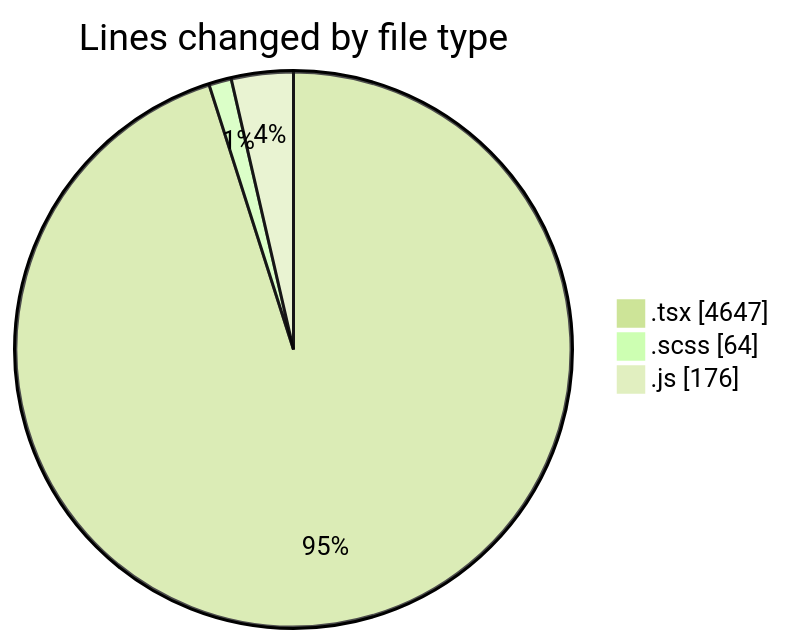
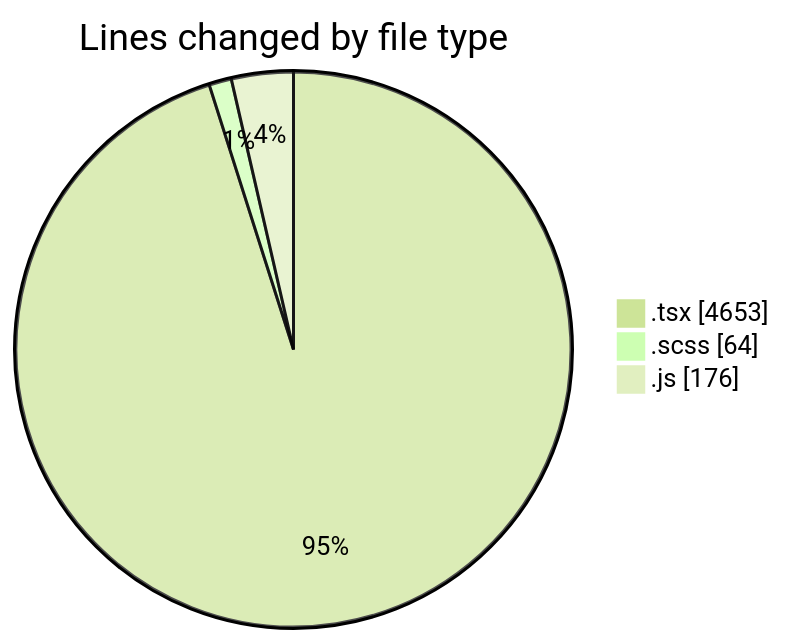
One commit to momahboobian/code-tracking changed the first of 2 diagrams in 2025-06-16/cda/README.md. Above: the diagram before and after it, drawn with Mermaid (forest theme). The commit also changed other lines of this file and 1 other file, not shown here.

````diff
--- a/2025-06-16/cda/README.md
+++ b/2025-06-16/cda/README.md
@@ -37,7 +37,7 @@
 ```mermaid
 pie showData
 title Lines changed by file type
-".tsx" : 4647
+".tsx" : 4653
 ".scss" : 64
 ".js" : 176
 ```
````
